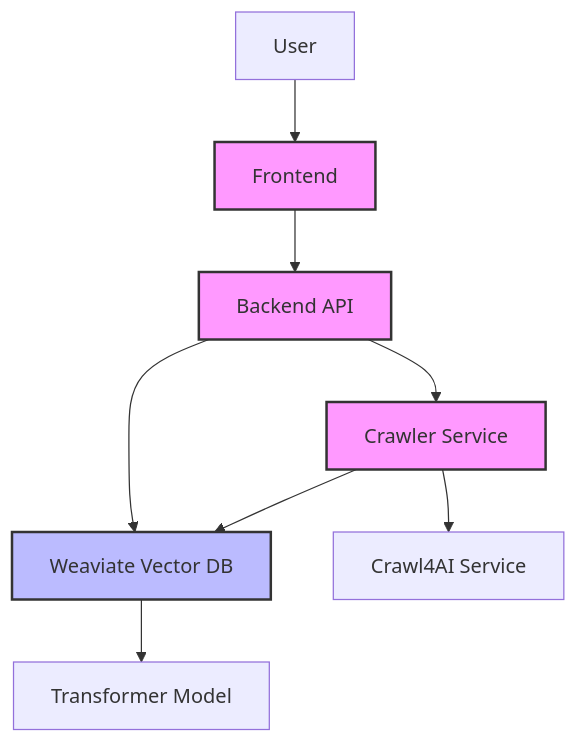
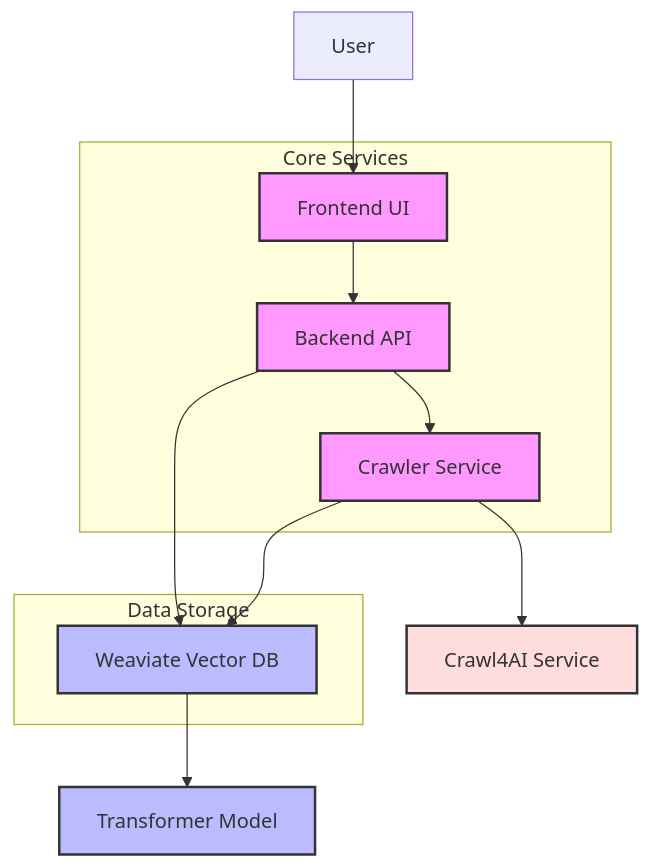
The first of 5 diagrams in README.md (JtPerez-Acle/RaptorDocu), drawn with Mermaid before and after one commit. The commit also changed other lines of this file and 35 other files, not shown here.

````diff
--- a/README.md
+++ b/README.md
@@ -19,15 +22,27 @@
 ```mermaid
    graph TB
-      User[User] --> Frontend[Frontend]
+      User[User] --> Frontend[Frontend UI]
       Frontend --> Backend[Backend API]
       Backend --> Crawler[Crawler Service]
       Backend --> Weaviate[Weaviate Vector DB]
       Crawler --> Weaviate
       Crawler --> External[Crawl4AI Service]
       Weaviate --> Transformer[Transformer Model]
       
+      subgraph "Core Services"
+        Frontend
+        Backend
+        Crawler
+      end
+      
+      subgraph "Data Storage"
+        Weaviate
+      end
+      
       classDef service fill:#f9f,stroke:#333,stroke-width:2px
       classDef database fill:#bbf,stroke:#333,stroke-width:2px
+      classDef external fill:#fdd,stroke:#333,stroke-width:2px
       class Frontend,Backend,Crawler service
-      class Weaviate database
+      class Weaviate,Transformer database
+      class External external
 ```
````
